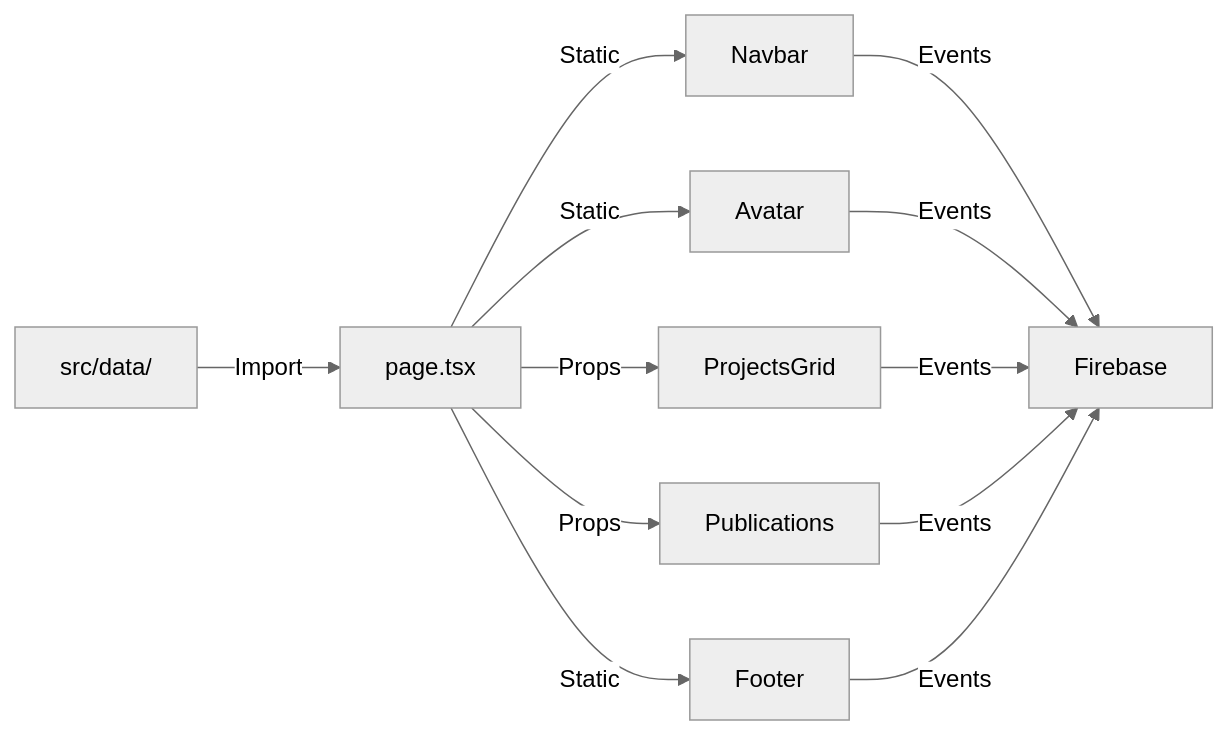
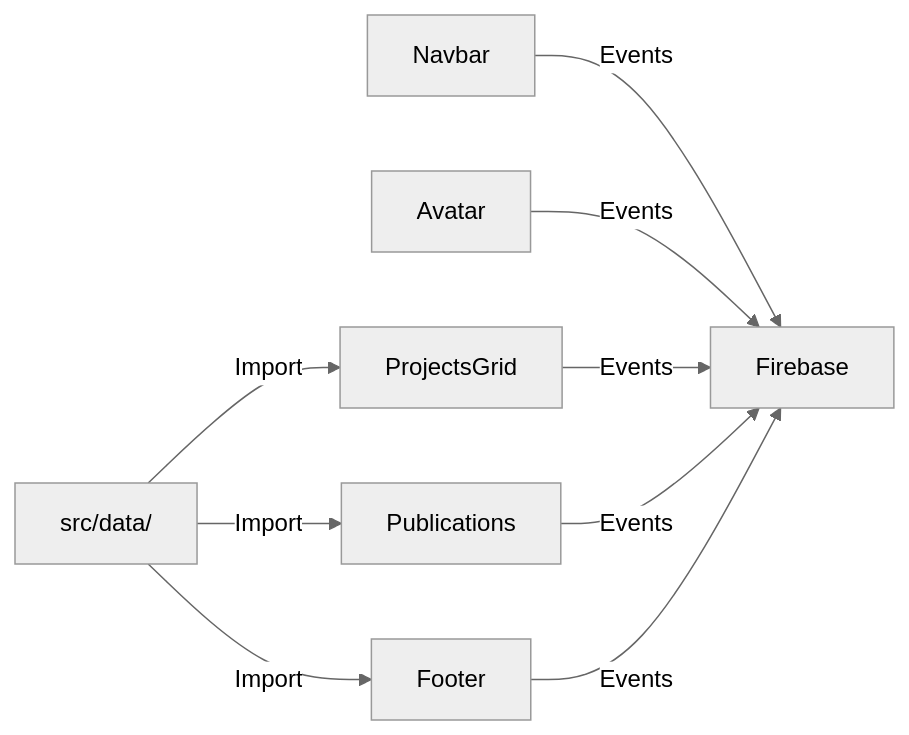
The third of 3 diagrams in docs/architecture/components/index.md (AlexJSully/AlexJSully-Portfolio), drawn with Mermaid (neutral theme) before and after one commit. The commit also changed other lines of this file and 42 other files, not shown here.

````diff
--- a/docs/architecture/components/index.md
+++ b/docs/architecture/components/index.md
@@ -236,17 +234,14 @@
 ```mermaid
 flowchart LR
     accTitle: Component Data and Event Flow
-    accDescr: Data is imported from src/data into page.tsx. Page passes data as props to ProjectsGrid, Publications, Footer, Navbar and Avatar. All components log events to Firebase
-    Data[src/data/] -->|Import| Page[page.tsx]
-    Page -->|Props| ProjectsGrid
-    Page -->|Props| Publications
-    Page -->|Static| Footer
-    Page -->|Static| Navbar
-    Page -->|Static| Avatar
+    accDescr: ProjectsGrid, Publications, and Footer import their static data directly from the data modules. These components, along with Navbar and Avatar, log events to Firebase
+    Data[src/data/] -->|Import| ProjectsGrid
+    Data -->|Import| Publications
+    Data -->|Import| Footer
 
     Navbar -->|Events| Firebase[Firebase]
     Avatar -->|Events| Firebase
     ProjectsGrid -->|Events| Firebase
     Publications -->|Events| Firebase
     Footer -->|Events| Firebase
 ```
````
